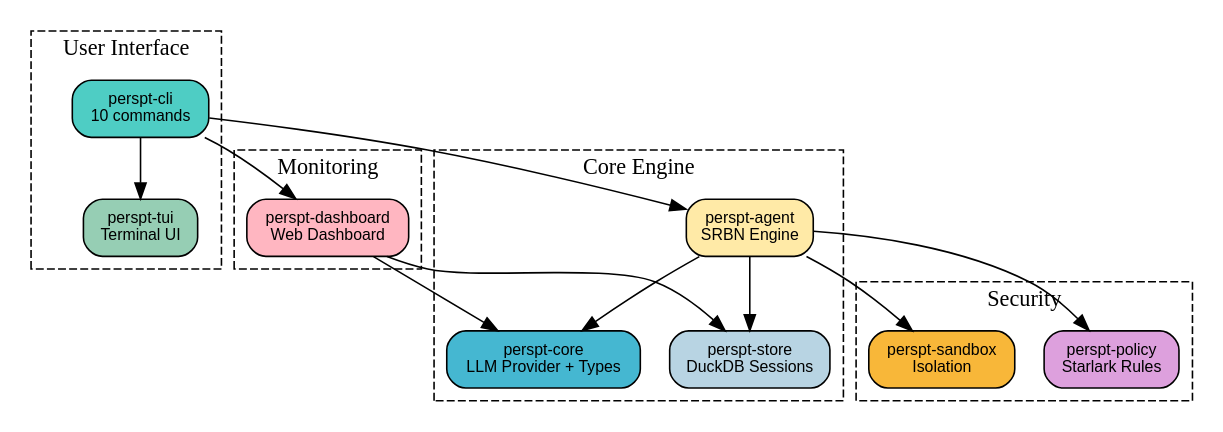
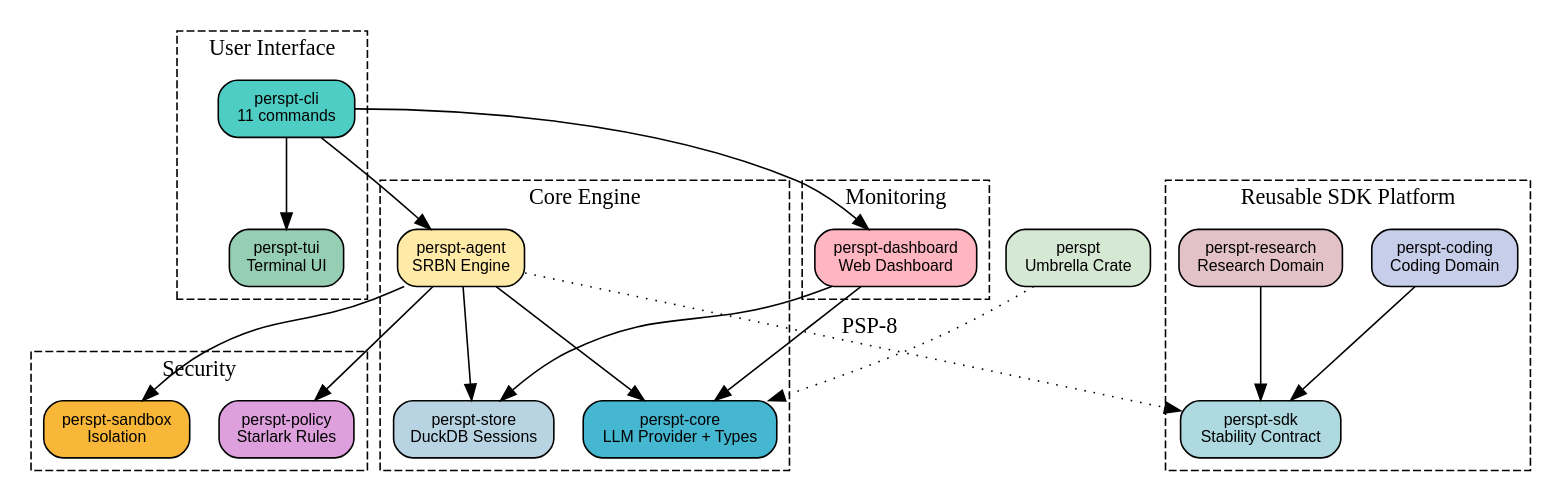
Before and after one commit to eonseed/perspt: the first of 2 diagrams in docs/perspt_book/source/introduction.rst, drawn with Graphviz. The commit also changed other lines of this file and 38 other files, not shown here.

Commit message:
docs: Align Perspt book with the Stability paper series and PSP-8 platform

```diff
--- a/docs/perspt_book/source/introduction.rst
+++ b/docs/perspt_book/source/introduction.rst
@@ -76,46 +99,60 @@
 .. graphviz::
    :align: center
    :caption: Perspt Architecture Overview
 
    digraph arch {
        rankdir=TB;
        node [shape=box, style="rounded,filled", fontname="Helvetica", fontsize=10];
 
        subgraph cluster_cli {
            label="User Interface";
            style=dashed;
-           cli [label="perspt-cli\n10 commands", fillcolor="#4ECDC4"];
+           cli [label="perspt-cli\n11 commands", fillcolor="#4ECDC4"];
            tui [label="perspt-tui\nTerminal UI", fillcolor="#96CEB4"];
        }
 
        subgraph cluster_core {
            label="Core Engine";
            style=dashed;
            core [label="perspt-core\nLLM Provider + Types", fillcolor="#45B7D1"];
            agent [label="perspt-agent\nSRBN Engine", fillcolor="#FFEAA7"];
            store [label="perspt-store\nDuckDB Sessions", fillcolor="#B8D4E3"];
+       }
+
+       subgraph cluster_sdk {
+           label="Reusable SDK Platform";
+           style=dashed;
+           sdk [label="perspt-sdk\nStability Contract", fillcolor="#AED9E0"];
+           coding [label="perspt-coding\nCoding Domain", fillcolor="#C7CEEA"];
+           research [label="perspt-research\nResearch Domain", fillcolor="#E2C2C6"];
        }
 
        subgraph cluster_security {
            label="Security";
            style=dashed;
            policy [label="perspt-policy\nStarlark Rules", fillcolor="#DDA0DD"];
            sandbox [label="perspt-sandbox\nIsolation", fillcolor="#F8B739"];
        }
 
        subgraph cluster_monitoring {
            label="Monitoring";
            style=dashed;
            dashboard [label="perspt-dashboard\nWeb Dashboard", fillcolor="#FFB6C1"];
        }
 
+       meta [label="perspt\nUmbrella Crate", fillcolor="#D5E8D4"];
+
        cli -> tui;
        cli -> agent;
        cli -> dashboard;
        agent -> core;
        agent -> store;
        agent -> policy;
        agent -> sandbox;
+       agent -> sdk [style=dotted, label="PSP-8"];
+       coding -> sdk;
+       research -> sdk;
        dashboard -> store;
        dashboard -> core;
+       meta -> core [style=dotted];
    }
```
